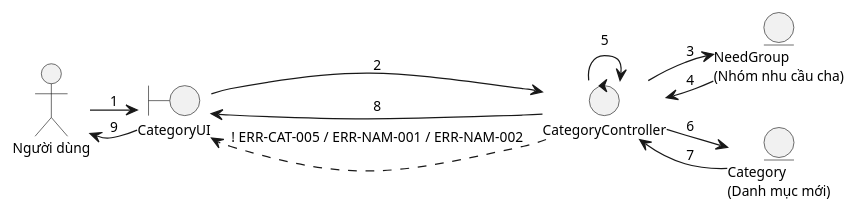
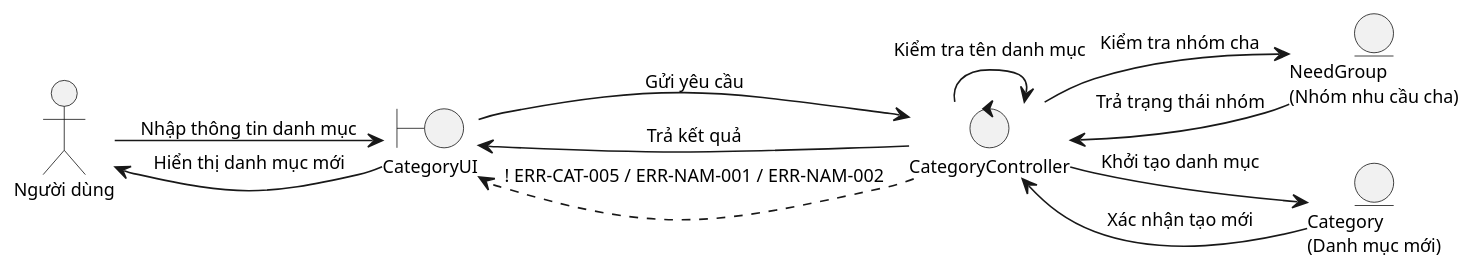
The first of 3 diagrams in docs/object-oriented-analysis/06-so-do-robustness-va-the-crc.md (mynhleeh/pfms-oop), drawn with PlantUML before and after one commit. The commit also changed other lines of this file and 2 other files, not shown here.

Commit message:
docs(ooa): enhance data transformation specifications and robustness diagrams for category management operations

````diff
--- a/docs/object-oriented-analysis/06-so-do-robustness-va-the-crc.md
+++ b/docs/object-oriented-analysis/06-so-do-robustness-va-the-crc.md
@@ -102,27 +102,28 @@
 ```plantuml
 @startuml
 left to right direction
 skinparam defaultFontSize 11
 skinparam nodesep 20
 skinparam ranksep 30
 skinparam shadowing false
+scale 1.3
 
 actor "Người dùng" as user
 boundary "CategoryUI" as view
 control "CategoryController" as ctrl
 entity "NeedGroup\n(Nhóm nhu cầu cha)" as needGrp
 entity "Category\n(Danh mục mới)" as catEnt
 
-user --> view : 1
-view --> ctrl : 2
-ctrl --> needGrp : 3
-needGrp --> ctrl : 4
-ctrl --> ctrl : 5
-ctrl --> catEnt : 6
-catEnt --> ctrl : 7
-ctrl --> view : 8
-view --> user : 9
+user --> view : Nhập thông tin danh mục
+view --> ctrl : Gửi yêu cầu
+ctrl --> needGrp : Kiểm tra nhóm cha
+needGrp --> ctrl : Trả trạng thái nhóm
+ctrl --> ctrl : Kiểm tra tên danh mục
+ctrl --> catEnt : Khởi tạo danh mục
+catEnt --> ctrl : Xác nhận tạo mới
+ctrl --> view : Trả kết quả
+view --> user : Hiển thị danh mục mới
 
 ctrl ..> view : ! ERR-CAT-005 / ERR-NAM-001 / ERR-NAM-002
 @enduml
 ```
````
